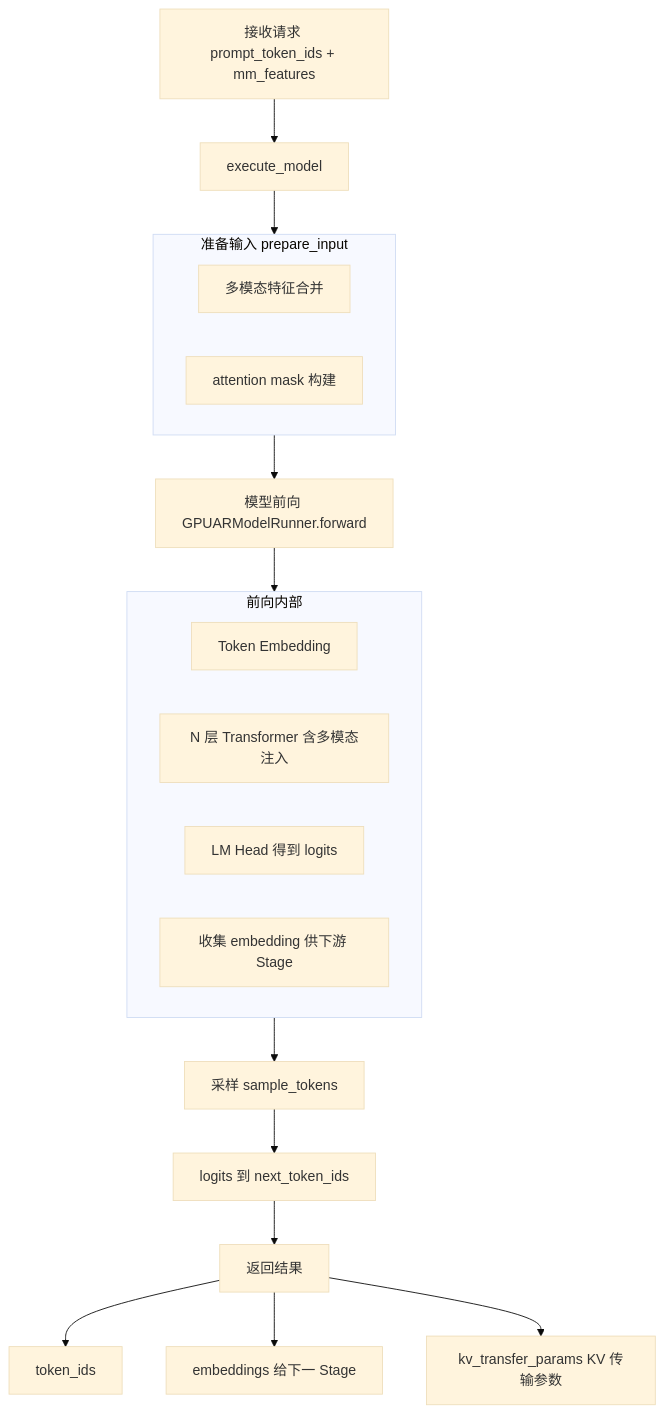
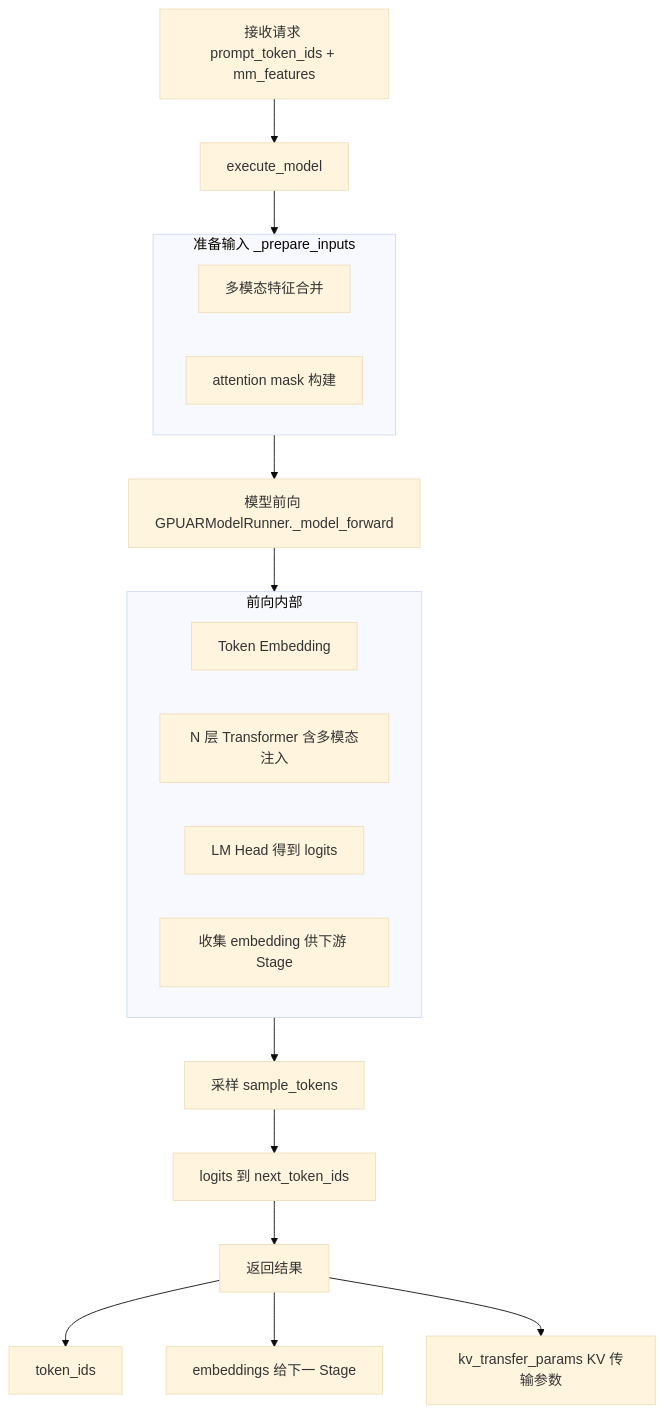
One commit to keyuanweb/ai-learning-path changed the second of 2 diagrams in vllm-omni-learning-path/04-自回归执行(AR Worker)/01-AR Worker与ModelRunner.md. Above: the diagram before and after it, drawn with Mermaid (base theme). The commit also changed other lines of this file and 176 other files, not shown here.

First line of the commit message:
docs: 全仓库文档校对修复——错别字/失效链接/Mermaid图/源码引用

````diff
--- a/vllm-omni-learning-path/04-自回归执行(AR Worker)/01-AR Worker与ModelRunner.md
+++ b/vllm-omni-learning-path/04-自回归执行(AR Worker)/01-AR Worker与ModelRunner.md
@@ -41,25 +41,25 @@
 ```mermaid
 flowchart TD
   recv["接收请求 prompt_token_ids + mm_features"]
   exec["execute_model"]
   recv --> exec
-  subgraph prep [准备输入 prepare_input]
+  subgraph prep [准备输入 _prepare_inputs]
     m1[多模态特征合并]
     m2[attention mask 构建]
   end
   exec --> prep
-  prep --> fwd["模型前向 GPUARModelRunner.forward"]
+  prep --> fwd["模型前向 GPUARModelRunner._model_forward"]
   subgraph modelFwd [前向内部]
     e1[Token Embedding]
     e2[N 层 Transformer 含多模态注入]
     e3["LM Head 得到 logits"]
     e4[收集 embedding 供下游 Stage]
   end
   fwd --> modelFwd
   modelFwd --> samp["采样 sample_tokens"]
   samp --> s1["logits 到 next_token_ids"]
   s1 --> out[返回结果]
   out --> o1[token_ids]
   out --> o2[embeddings 给下一 Stage]
   out --> o3[kv_transfer_params KV 传输参数]
 ```
````
